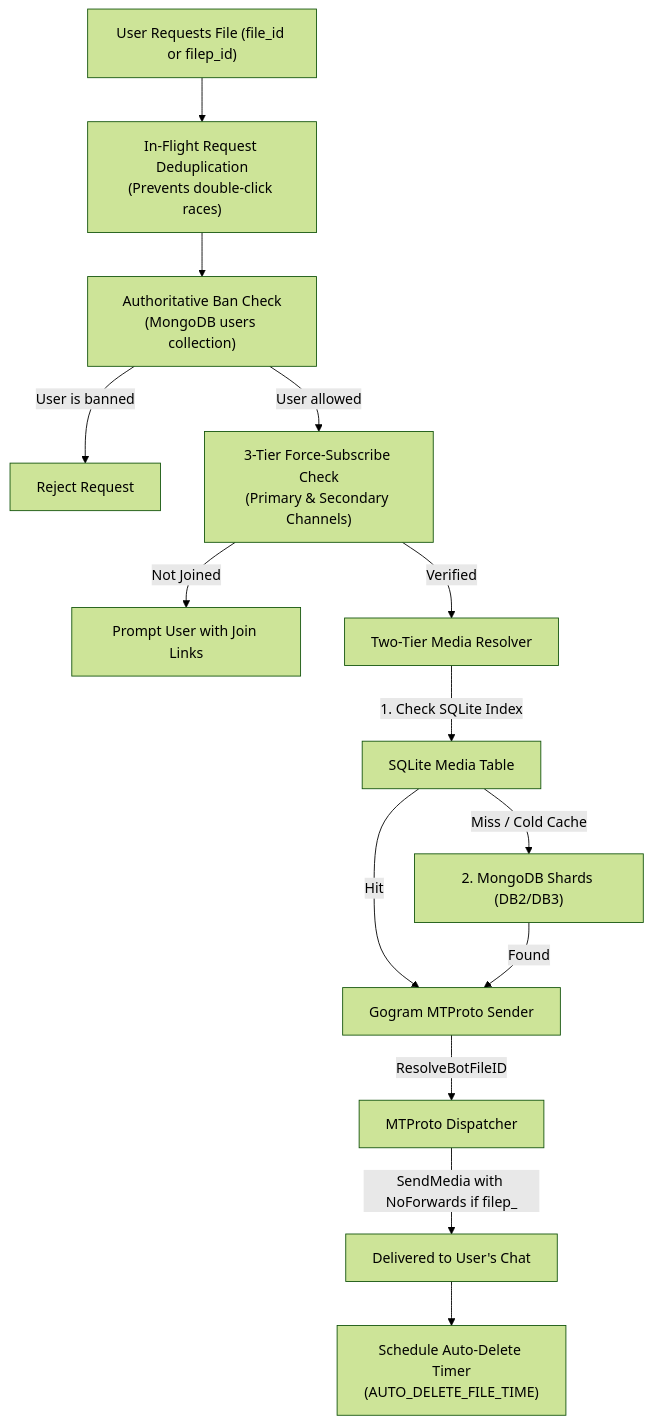
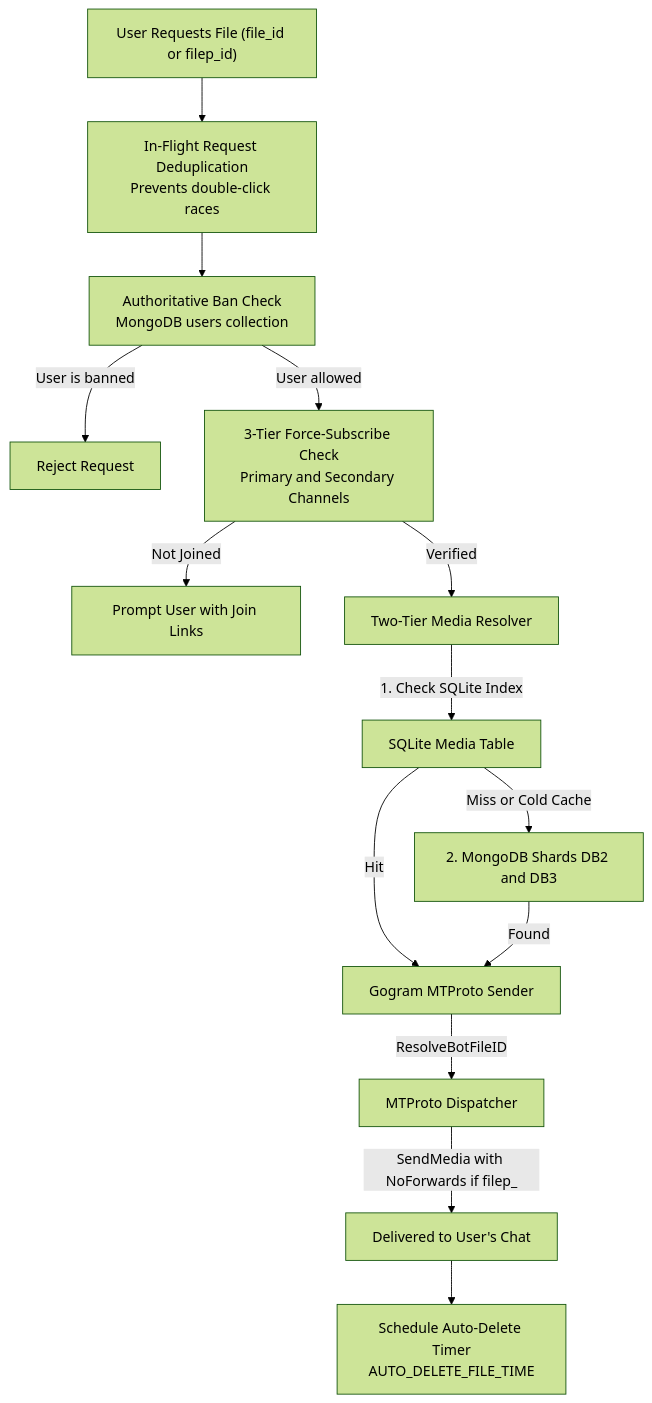
Before and after one commit to itsafxal/AutoFilter-Go: the fourth of 4 diagrams in docs/ARCHITECTURE.md, drawn with Mermaid (forest theme). The commit also changed other lines of this file and 1 other file, not shown here.

Commit message:
fix(docs): resolve Mermaid diagram parsing errors for GitHub renderer

````diff
--- a/docs/ARCHITECTURE.md
+++ b/docs/ARCHITECTURE.md
@@ -190,19 +192,19 @@
 ```mermaid
 flowchart TD
-    Req["User Requests File (file_id or filep_id)"] --> Dedup["In-Flight Request Deduplication<br/>(Prevents double-click races)"]
-    Dedup --> BanCheck["Authoritative Ban Check<br/>(MongoDB users collection)"]
+    Req["User Requests File (file_id or filep_id)"] --> Dedup["In-Flight Request Deduplication<br/>Prevents double-click races"]
+    Dedup --> BanCheck["Authoritative Ban Check<br/>MongoDB users collection"]
     BanCheck -->|User is banned| Reject["Reject Request"]
-    BanCheck -->|User allowed| FSubCheck["3-Tier Force-Subscribe Check<br/>(Primary & Secondary Channels)"]
+    BanCheck -->|User allowed| FSubCheck["3-Tier Force-Subscribe Check<br/>Primary and Secondary Channels"]
     FSubCheck -->|Not Joined| Prompt["Prompt User with Join Links"]
     FSubCheck -->|Verified| Resolver["Two-Tier Media Resolver"]
 
     Resolver -->|1. Check SQLite Index| SQL["SQLite Media Table"]
     SQL -->|Hit| Dispatcher["Gogram MTProto Sender"]
-    SQL -->|Miss / Cold Cache| Fallback["2. MongoDB Shards (DB2/DB3)"]
+    SQL -->|Miss or Cold Cache| Fallback["2. MongoDB Shards DB2 and DB3"]
     Fallback -->|Found| Dispatcher
 
     Dispatcher -->|ResolveBotFileID| MTProto["MTProto Dispatcher"]
     MTProto -->|SendMedia with NoForwards if filep_| User["Delivered to User's Chat"]
 
-    User --> AutoDel["Schedule Auto-Delete Timer<br/>(AUTO_DELETE_FILE_TIME)"]
+    User --> AutoDel["Schedule Auto-Delete Timer<br/>AUTO_DELETE_FILE_TIME"]
 ```
````
